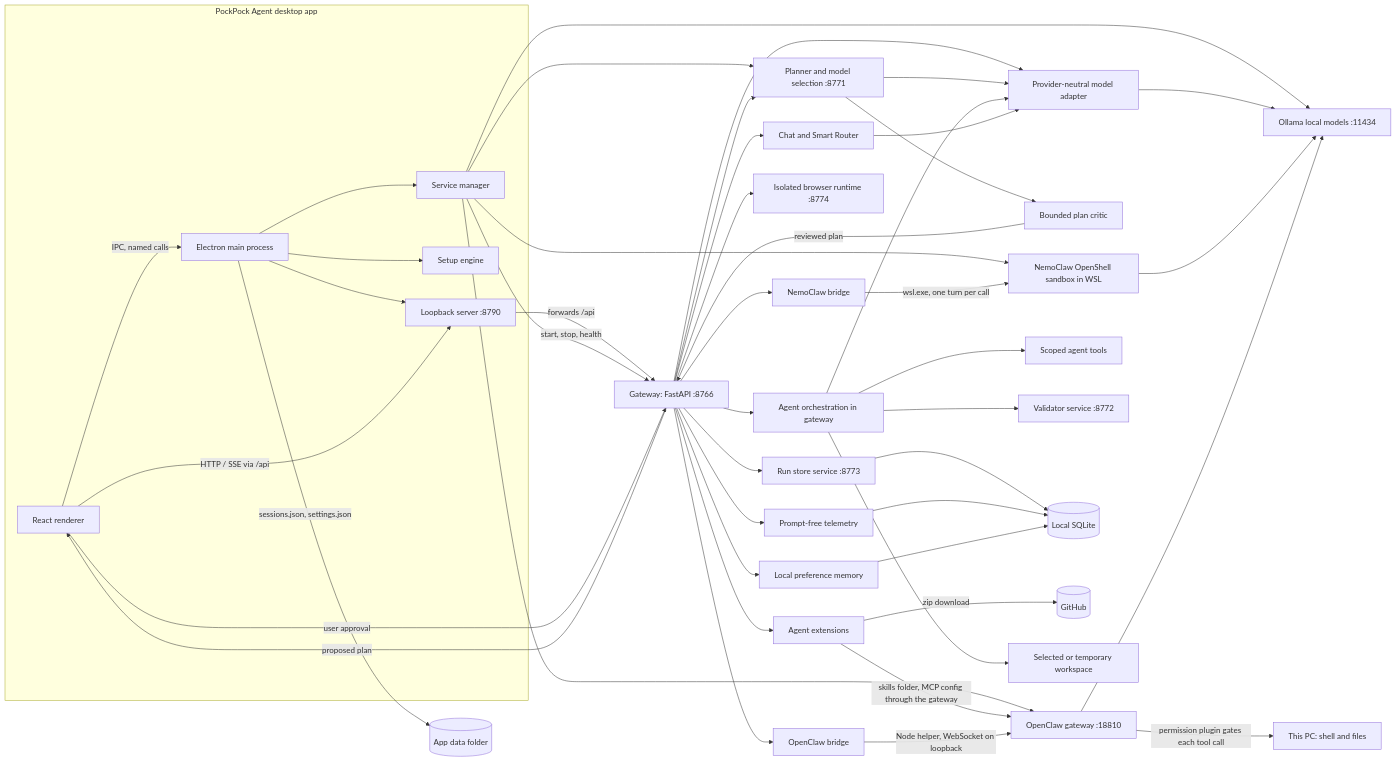
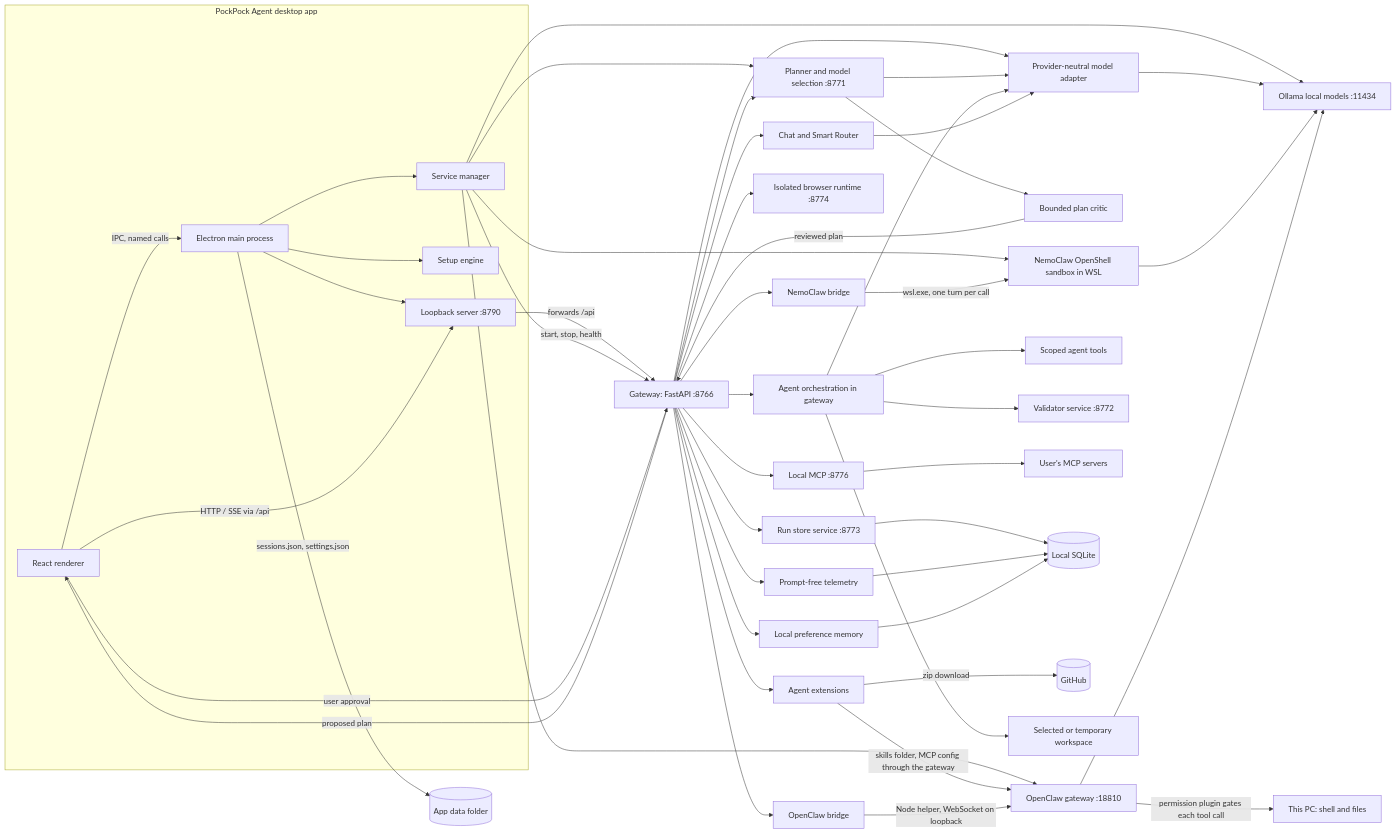
Before and after one commit to PockPock9/PockPockAgent: the diagram in docs/ARCHITECTURE.md, drawn with Mermaid. The commit also changed other lines of this file and 27 other files, not shown here.

````diff
--- a/docs/ARCHITECTURE.md
+++ b/docs/ARCHITECTURE.md
@@ -7,49 +7,51 @@
 ```mermaid
 flowchart LR
   subgraph Desktop[PockPock Agent desktop app]
     UI[React renderer] -->|IPC, named calls| Main[Electron main process]
     Main --> Services[Service manager]
     Main --> Setup[Setup engine]
     Main --> LocalServer[Loopback server :8790]
   end
   UI -->|HTTP / SSE via /api| LocalServer
   LocalServer -->|forwards /api| API[Gateway: FastAPI :8766]
   Services -->|start, stop, health| API
   Services --> Planner
   Services --> Ollama
   Services --> ClawGateway
   Services --> Sandbox
   API --> Chat[Chat and Smart Router]
   API --> Planner[Planner and model selection :8771]
   Planner --> Critic[Bounded plan critic]
   Critic -->|reviewed plan| API
   API -->|proposed plan| UI
   UI -->|user approval| API
   API --> Agent[Agent orchestration in gateway]
   API --> ModelRouter[Provider-neutral model adapter]
   Planner --> ModelRouter
   Agent --> ModelRouter
   Chat --> ModelRouter
   Agent --> Tools[Scoped agent tools]
   Agent --> Validator[Validator service :8772]
   API --> RunStore[Run store service :8773]
   API --> BrowserRuntime[Isolated browser runtime :8774]
+  API --> LocalMCP[Local MCP :8776]
+  LocalMCP --> McpServers[User's MCP servers]
   ModelRouter --> Ollama[Ollama local models :11434]
   RunStore --> SQLite[(Local SQLite)]
   API --> Telemetry[Prompt-free telemetry]
   Telemetry --> SQLite
   API --> NemoClaw[NemoClaw bridge]
   NemoClaw -->|wsl.exe, one turn per call| Sandbox[NemoClaw OpenShell sandbox in WSL]
   Sandbox --> Ollama
   API --> OpenClaw[OpenClaw bridge]
   API --> Extensions[Agent extensions]
   Extensions -->|zip download| GitHub[(GitHub)]
   Extensions -->|skills folder, MCP config through the gateway| ClawGateway
   OpenClaw -->|Node helper, WebSocket on loopback| ClawGateway[OpenClaw gateway :18810]
   ClawGateway -->|permission plugin gates each tool call| Host[This PC: shell and files]
   ClawGateway --> Ollama
   API --> Memory[Local preference memory]
   Memory --> SQLite
   Agent --> Workspace[Selected or temporary workspace]
   Main -->|sessions.json, settings.json| AppData[(App data folder)]
 ```
````
